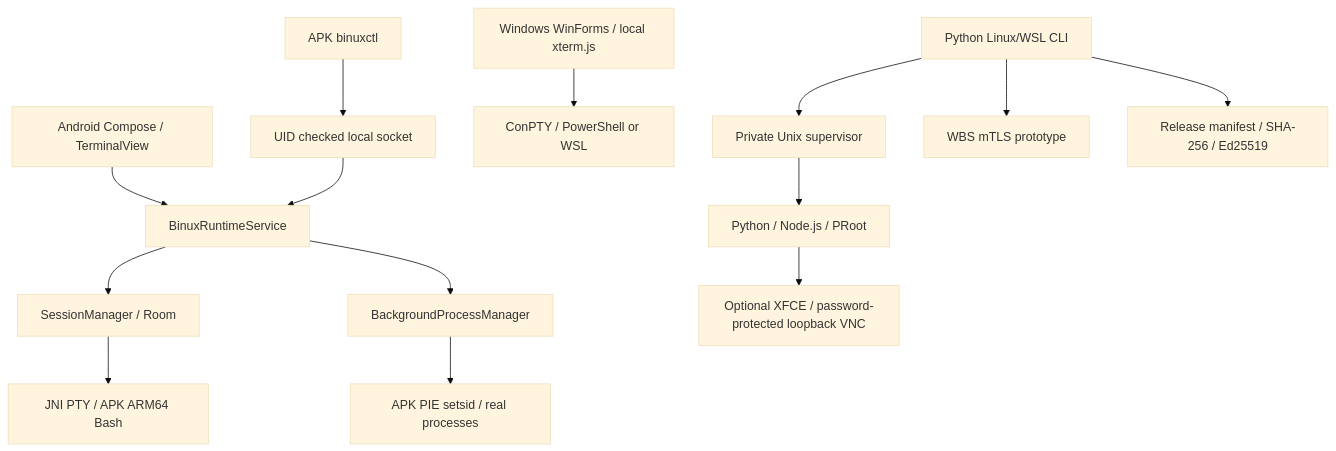
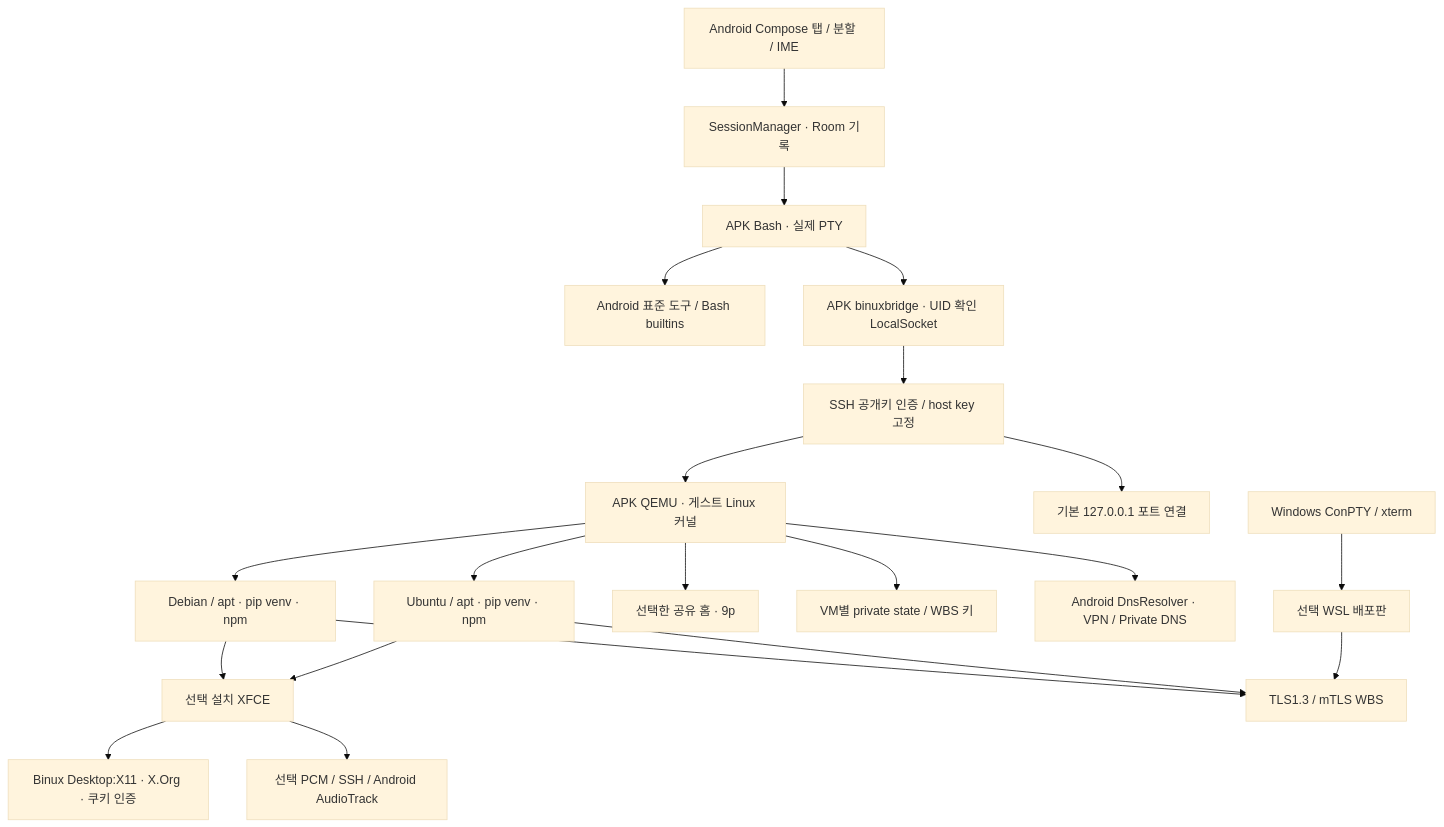
One commit to blecastudio/binux changed the diagram in docs/01-architecture.md. Above: the diagram before and after it, drawn with Mermaid (base theme). The commit also changed other lines of this file and 119 other files, not shown here.

Commit message:
Implement 1.0 CLI, authenticated Linux VM, XFCE and device management

````diff
--- a/docs/01-architecture.md
+++ b/docs/01-architecture.md
@@ -3,16 +3,23 @@
 ```mermaid
 flowchart TD
-  UI[Android Compose / TerminalView] --> S[BinuxRuntimeService]
-  S --> SM[SessionManager / Room]
-  SM --> PTY[JNI PTY / APK ARM64 Bash]
-  S --> BG[BackgroundProcessManager]
-  BG --> JOB[APK PIE setsid / real processes]
-  CLI[APK binuxctl] --> SOCK[UID checked local socket]
-  SOCK --> S
-  WIN[Windows WinForms / local xterm.js] --> CP[ConPTY / PowerShell or WSL]
-  HOST[Python Linux/WSL CLI] --> D[Private Unix supervisor]
-  D --> DEV[Python / Node.js / PRoot]
-  HOST --> TLS[WBS mTLS prototype]
-  HOST --> PKG[Release manifest / SHA-256 / Ed25519]
-  DEV --> GUI[Optional XFCE / password-protected loopback VNC]
+  UI[Android Compose 탭 / 분할 / IME] --> Sessions[SessionManager · Room 기록]
+  Sessions --> PTY[APK Bash · 실제 PTY]
+  PTY --> Native[Android 표준 도구 / Bash builtins]
+  PTY --> Bridge[APK binuxbridge · UID 확인 LocalSocket]
+  Bridge --> SSH[SSH 공개키 인증 / host key 고정]
+  SSH --> VM[APK QEMU · 게스트 Linux 커널]
+  VM --> Debian[Debian / apt · pip venv · npm]
+  VM --> Ubuntu[Ubuntu / apt · pip venv · npm]
+  VM --> Home[선택한 공유 홈 · 9p]
+  VM --> Private[VM별 private state / WBS 키]
+  VM --> DNS[Android DnsResolver · VPN / Private DNS]
+  Debian --> XFCE[선택 설치 XFCE]
+  Ubuntu --> XFCE
+  XFCE --> X11[Binux Desktop:X11 · X.Org · 쿠키 인증]
+  XFCE --> Audio[선택 PCM / SSH / Android AudioTrack]
+  SSH --> Ports[기본 127.0.0.1 포트 연결]
+  Debian --> WBS[TLS1.3 / mTLS WBS]
+  Ubuntu --> WBS
+  Windows[Windows ConPTY / xterm] --> WSL[선택 WSL 배포판]
+  WSL --> WBS
 ```
````
